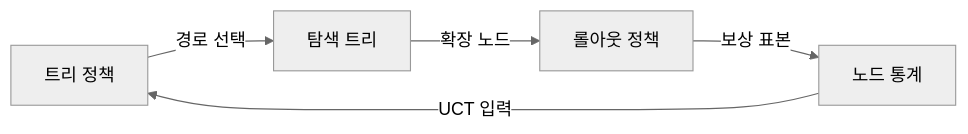
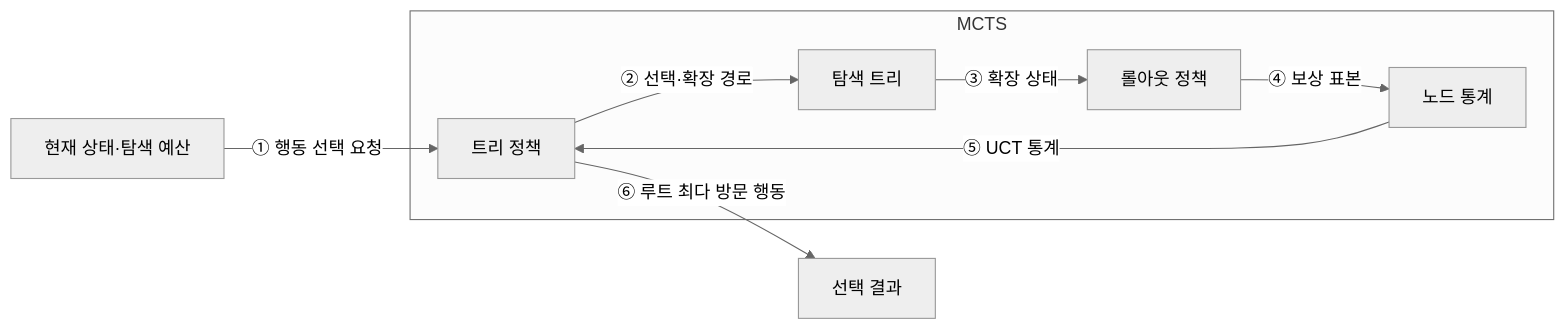
The diagram in src/content/docs/notes/01-basic-theory/018_mcts.md (agnusdei1207/knowledge-base), drawn with Mermaid (neutral theme) before and after one commit. The commit also changed other lines of this file and 6 other files, not shown here.

````diff
--- a/src/content/docs/notes/01-basic-theory/018_mcts.md
+++ b/src/content/docs/notes/01-basic-theory/018_mcts.md
@@ -65,7 +65,11 @@
 ```mermaid
 flowchart LR
-    T["트리 정책"] -->|경로 선택| R["탐색 트리"]
-    R -->|확장 노드| P["롤아웃 정책"]
-    P -->|보상 표본| S["노드 통계"]
-    S -->|UCT 입력| T
+    Q[현재 상태·탐색 예산] -->|① 행동 선택 요청| T
+    subgraph M[MCTS]
+        T[트리 정책] -->|② 선택·확장 경로| R[탐색 트리]
+        R -->|③ 확장 상태| P[롤아웃 정책]
+        P -->|④ 보상 표본| S[노드 통계]
+        S -->|⑤ UCT 통계| T
+    end
+    T -->|⑥ 루트 최다 방문 행동| O[선택 결과]
 ```
````
